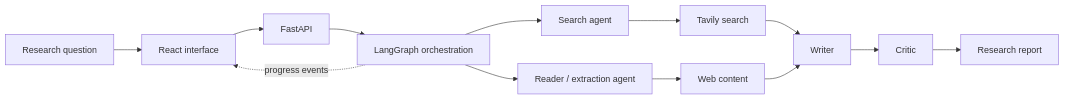
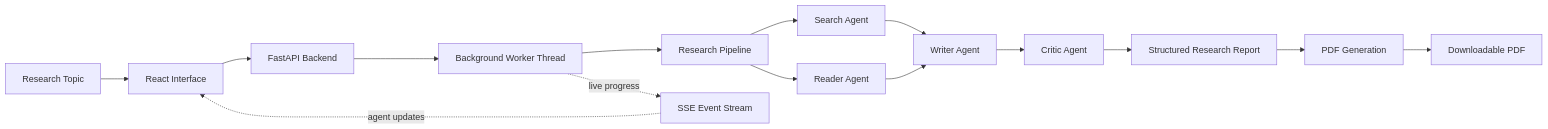
One commit to srini526/srini526 changed the first of 2 diagrams in README.md. Above: the diagram before and after it, drawn with Mermaid. The commit also changed other lines of this file, not shown here.

````diff
--- a/README.md
+++ b/README.md
@@ -41,15 +41,17 @@
 ```mermaid
 flowchart LR
-    A[Research question] --> B[React interface]
-    B --> C[FastAPI]
-    C --> D[LangGraph orchestration]
-    D --> E[Search agent]
-    D --> F[Reader / extraction agent]
-    E --> G[Tavily search]
-    F --> H[Web content]
-    G --> I[Writer]
-    H --> I
-    I --> J[Critic]
-    J --> K[Research report]
-    D -. progress events .-> B
+    A[Research Topic] --> B[React Interface]
+    B --> C[FastAPI Backend]
+    C --> D[Background Worker Thread]
+    D --> E[Research Pipeline]
+    E --> F[Search Agent]
+    E --> G[Reader Agent]
+    F --> H[Writer Agent]
+    G --> H
+    H --> I[Critic Agent]
+    I --> J[Structured Research Report]
+    J --> K[PDF Generation]
+    K --> L[Downloadable PDF]
+    D -. live progress .-> M[SSE Event Stream]
+    M -. agent updates .-> B
 ```
````
